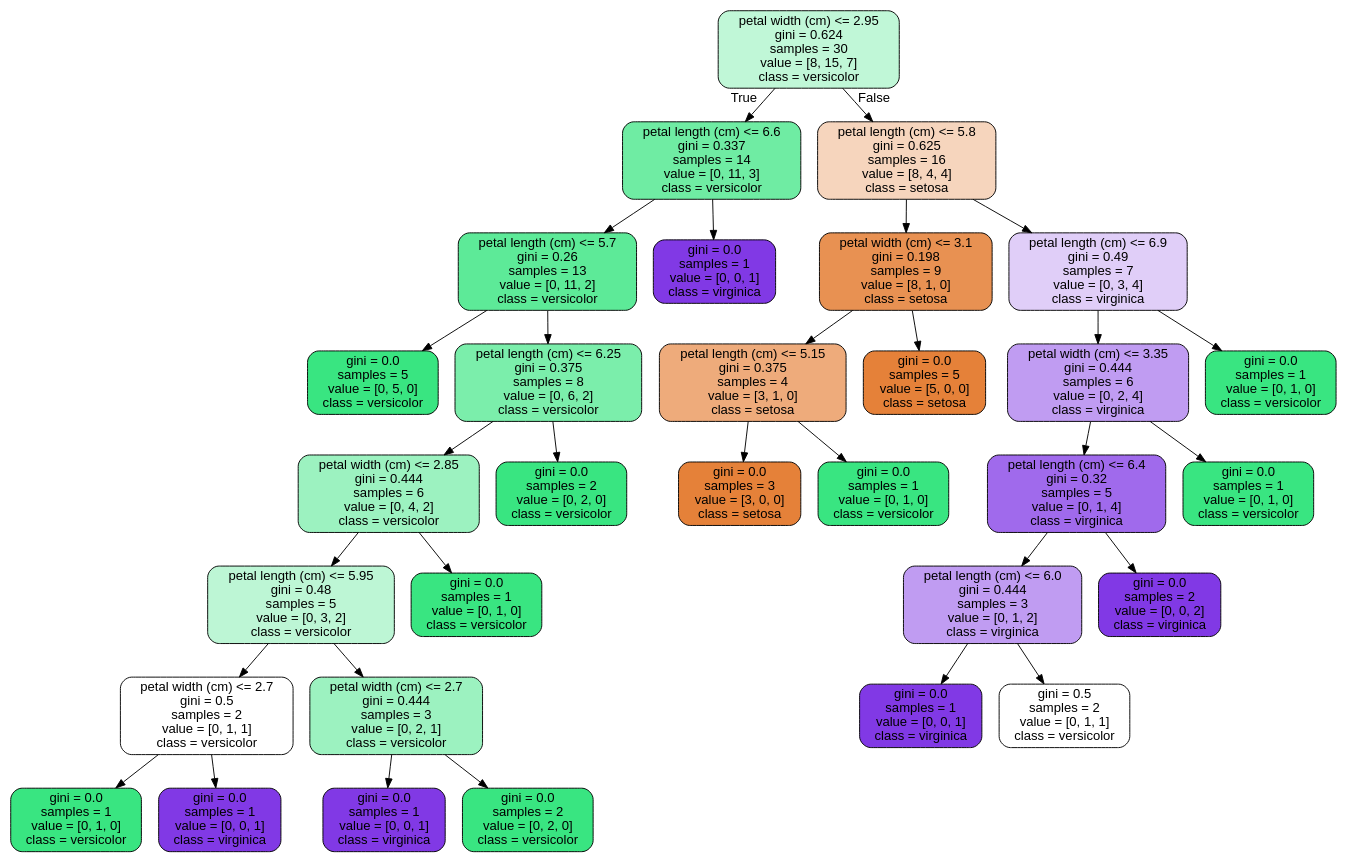
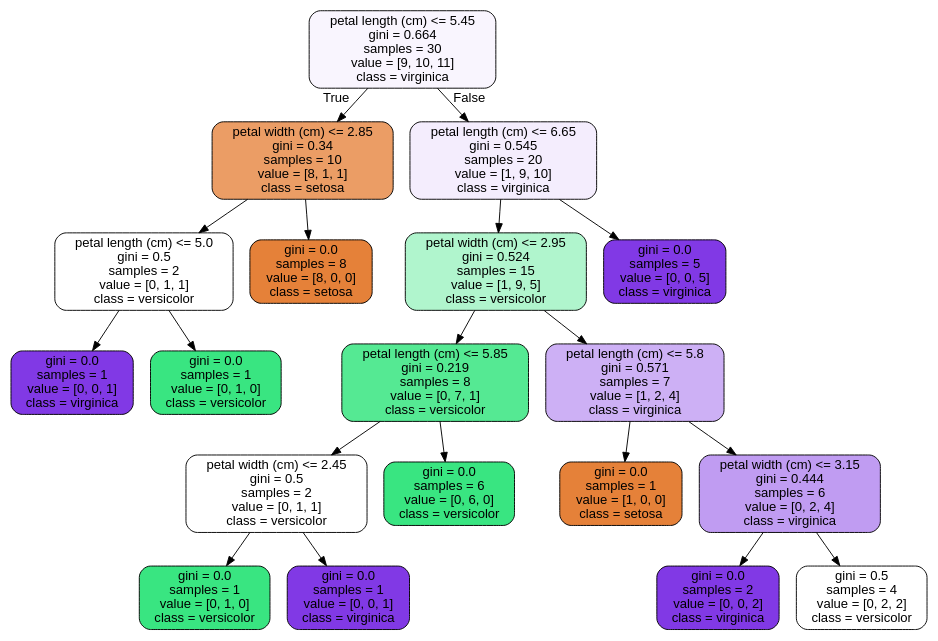
Before and after one commit to JoseDeJesusMendozaBecerril/Practica4_MineriaDeDatos: the diagram in images/decision_trees/iris_tree_test.dot, drawn with Graphviz. The commit also changed 11 other files, not shown here.

```diff
--- a/images/decision_trees/iris_tree_test.dot
+++ b/images/decision_trees/iris_tree_test.dot
@@ -1,65 +1,41 @@
 digraph Tree {
 node [shape=box, style="filled, rounded", color="black", fontname=helvetica] ;
 edge [fontname=helvetica] ;
-0 [label="petal width (cm) <= 2.95\ngini = 0.624\nsamples = 30\nvalue = [8, 15, 7]\nclass = versicolor", fillcolor="#c0f7d7"] ;
-1 [label="petal length (cm) <= 6.6\ngini = 0.337\nsamples = 14\nvalue = [0, 11, 3]\nclass = versicolor", fillcolor="#6feca3"] ;
+0 [label="petal length (cm) <= 5.45\ngini = 0.664\nsamples = 30\nvalue = [9, 10, 11]\nclass = virginica", fillcolor="#f9f5fe"] ;
+1 [label="petal width (cm) <= 2.85\ngini = 0.34\nsamples = 10\nvalue = [8, 1, 1]\nclass = setosa", fillcolor="#eb9d65"] ;
 0 -> 1 [labeldistance=2.5, labelangle=45, headlabel="True"] ;
-2 [label="petal length (cm) <= 5.7\ngini = 0.26\nsamples = 13\nvalue = [0, 11, 2]\nclass = versicolor", fillcolor="#5dea98"] ;
+2 [label="petal length (cm) <= 5.0\ngini = 0.5\nsamples = 2\nvalue = [0, 1, 1]\nclass = versicolor", fillcolor="#ffffff"] ;
 1 -> 2 ;
-3 [label="gini = 0.0\nsamples = 5\nvalue = [0, 5, 0]\nclass = versicolor", fillcolor="#39e581"] ;
+3 [label="gini = 0.0\nsamples = 1\nvalue = [0, 0, 1]\nclass = virginica", fillcolor="#8139e5"] ;
 2 -> 3 ;
-4 [label="petal length (cm) <= 6.25\ngini = 0.375\nsamples = 8\nvalue = [0, 6, 2]\nclass = versicolor", fillcolor="#7beeab"] ;
+4 [label="gini = 0.0\nsamples = 1\nvalue = [0, 1, 0]\nclass = versicolor", fillcolor="#39e581"] ;
 2 -> 4 ;
-5 [label="petal width (cm) <= 2.85\ngini = 0.444\nsamples = 6\nvalue = [0, 4, 2]\nclass = versicolor", fillcolor="#9cf2c0"] ;
-4 -> 5 ;
-6 [label="petal length (cm) <= 5.95\ngini = 0.48\nsamples = 5\nvalue = [0, 3, 2]\nclass = versicolor", fillcolor="#bdf6d5"] ;
-5 -> 6 ;
-7 [label="petal width (cm) <= 2.7\ngini = 0.5\nsamples = 2\nvalue = [0, 1, 1]\nclass = versicolor", fillcolor="#ffffff"] ;
+5 [label="gini = 0.0\nsamples = 8\nvalue = [8, 0, 0]\nclass = setosa", fillcolor="#e58139"] ;
+1 -> 5 ;
+6 [label="petal length (cm) <= 6.65\ngini = 0.545\nsamples = 20\nvalue = [1, 9, 10]\nclass = virginica", fillcolor="#f4edfd"] ;
+0 -> 6 [labeldistance=2.5, labelangle=-45, headlabel="False"] ;
+7 [label="petal width (cm) <= 2.95\ngini = 0.524\nsamples = 15\nvalue = [1, 9, 5]\nclass = versicolor", fillcolor="#b0f5cd"] ;
 6 -> 7 ;
-8 [label="gini = 0.0\nsamples = 1\nvalue = [0, 1, 0]\nclass = versicolor", fillcolor="#39e581"] ;
+8 [label="petal length (cm) <= 5.85\ngini = 0.219\nsamples = 8\nvalue = [0, 7, 1]\nclass = versicolor", fillcolor="#55e993"] ;
 7 -> 8 ;
-9 [label="gini = 0.0\nsamples = 1\nvalue = [0, 0, 1]\nclass = virginica", fillcolor="#8139e5"] ;
-7 -> 9 ;
-10 [label="petal width (cm) <= 2.7\ngini = 0.444\nsamples = 3\nvalue = [0, 2, 1]\nclass = versicolor", fillcolor="#9cf2c0"] ;
-6 -> 10 ;
+9 [label="petal width (cm) <= 2.45\ngini = 0.5\nsamples = 2\nvalue = [0, 1, 1]\nclass = versicolor", fillcolor="#ffffff"] ;
+8 -> 9 ;
+10 [label="gini = 0.0\nsamples = 1\nvalue = [0, 1, 0]\nclass = versicolor", fillcolor="#39e581"] ;
+9 -> 10 ;
 11 [label="gini = 0.0\nsamples = 1\nvalue = [0, 0, 1]\nclass = virginica", fillcolor="#8139e5"] ;
-10 -> 11 ;
-12 [label="gini = 0.0\nsamples = 2\nvalue = [0, 2, 0]\nclass = versicolor", fillcolor="#39e581"] ;
-10 -> 12 ;
-13 [label="gini = 0.0\nsamples = 1\nvalue = [0, 1, 0]\nclass = versicolor", fillcolor="#39e581"] ;
-5 -> 13 ;
-14 [label="gini = 0.0\nsamples = 2\nvalue = [0, 2, 0]\nclass = versicolor", fillcolor="#39e581"] ;
-4 -> 14 ;
-15 [label="gini = 0.0\nsamples = 1\nvalue = [0, 0, 1]\nclass = virginica", fillcolor="#8139e5"] ;
-1 -> 15 ;
-16 [label="petal length (cm) <= 5.8\ngini = 0.625\nsamples = 16\nvalue = [8, 4, 4]\nclass = setosa", fillcolor="#f6d5bd"] ;
-0 -> 16 [labeldistance=2.5, labelangle=-45, headlabel="False"] ;
-17 [label="petal width (cm) <= 3.1\ngini = 0.198\nsamples = 9\nvalue = [8, 1, 0]\nclass = setosa", fillcolor="#e89152"] ;
-16 -> 17 ;
-18 [label="petal length (cm) <= 5.15\ngini = 0.375\nsamples = 4\nvalue = [3, 1, 0]\nclass = setosa", fillcolor="#eeab7b"] ;
-17 -> 18 ;
-19 [label="gini = 0.0\nsamples = 3\nvalue = [3, 0, 0]\nclass = setosa", fillcolor="#e58139"] ;
-18 -> 19 ;
-20 [label="gini = 0.0\nsamples = 1\nvalue = [0, 1, 0]\nclass = versicolor", fillcolor="#39e581"] ;
-18 -> 20 ;
-21 [label="gini = 0.0\nsamples = 5\nvalue = [5, 0, 0]\nclass = setosa", fillcolor="#e58139"] ;
-17 -> 21 ;
-22 [label="petal length (cm) <= 6.9\ngini = 0.49\nsamples = 7\nvalue = [0, 3, 4]\nclass = virginica", fillcolor="#e0cef8"] ;
-16 -> 22 ;
-23 [label="petal width (cm) <= 3.35\ngini = 0.444\nsamples = 6\nvalue = [0, 2, 4]\nclass = virginica", fillcolor="#c09cf2"] ;
-22 -> 23 ;
-24 [label="petal length (cm) <= 6.4\ngini = 0.32\nsamples = 5\nvalue = [0, 1, 4]\nclass = virginica", fillcolor="#a06aec"] ;
-23 -> 24 ;
-25 [label="petal length (cm) <= 6.0\ngini = 0.444\nsamples = 3\nvalue = [0, 1, 2]\nclass = virginica", fillcolor="#c09cf2"] ;
-24 -> 25 ;
-26 [label="gini = 0.0\nsamples = 1\nvalue = [0, 0, 1]\nclass = virginica", fillcolor="#8139e5"] ;
-25 -> 26 ;
-27 [label="gini = 0.5\nsamples = 2\nvalue = [0, 1, 1]\nclass = versicolor", fillcolor="#ffffff"] ;
-25 -> 27 ;
-28 [label="gini = 0.0\nsamples = 2\nvalue = [0, 0, 2]\nclass = virginica", fillcolor="#8139e5"] ;
-24 -> 28 ;
-29 [label="gini = 0.0\nsamples = 1\nvalue = [0, 1, 0]\nclass = versicolor", fillcolor="#39e581"] ;
-23 -> 29 ;
-30 [label="gini = 0.0\nsamples = 1\nvalue = [0, 1, 0]\nclass = versicolor", fillcolor="#39e581"] ;
-22 -> 30 ;
+9 -> 11 ;
+12 [label="gini = 0.0\nsamples = 6\nvalue = [0, 6, 0]\nclass = versicolor", fillcolor="#39e581"] ;
+8 -> 12 ;
+13 [label="petal length (cm) <= 5.8\ngini = 0.571\nsamples = 7\nvalue = [1, 2, 4]\nclass = virginica", fillcolor="#cdb0f5"] ;
+7 -> 13 ;
+14 [label="gini = 0.0\nsamples = 1\nvalue = [1, 0, 0]\nclass = setosa", fillcolor="#e58139"] ;
+13 -> 14 ;
+15 [label="petal width (cm) <= 3.15\ngini = 0.444\nsamples = 6\nvalue = [0, 2, 4]\nclass = virginica", fillcolor="#c09cf2"] ;
+13 -> 15 ;
+16 [label="gini = 0.0\nsamples = 2\nvalue = [0, 0, 2]\nclass = virginica", fillcolor="#8139e5"] ;
+15 -> 16 ;
+17 [label="gini = 0.5\nsamples = 4\nvalue = [0, 2, 2]\nclass = versicolor", fillcolor="#ffffff"] ;
+15 -> 17 ;
+18 [label="gini = 0.0\nsamples = 5\nvalue = [0, 0, 5]\nclass = virginica", fillcolor="#8139e5"] ;
+6 -> 18 ;
 }
```
